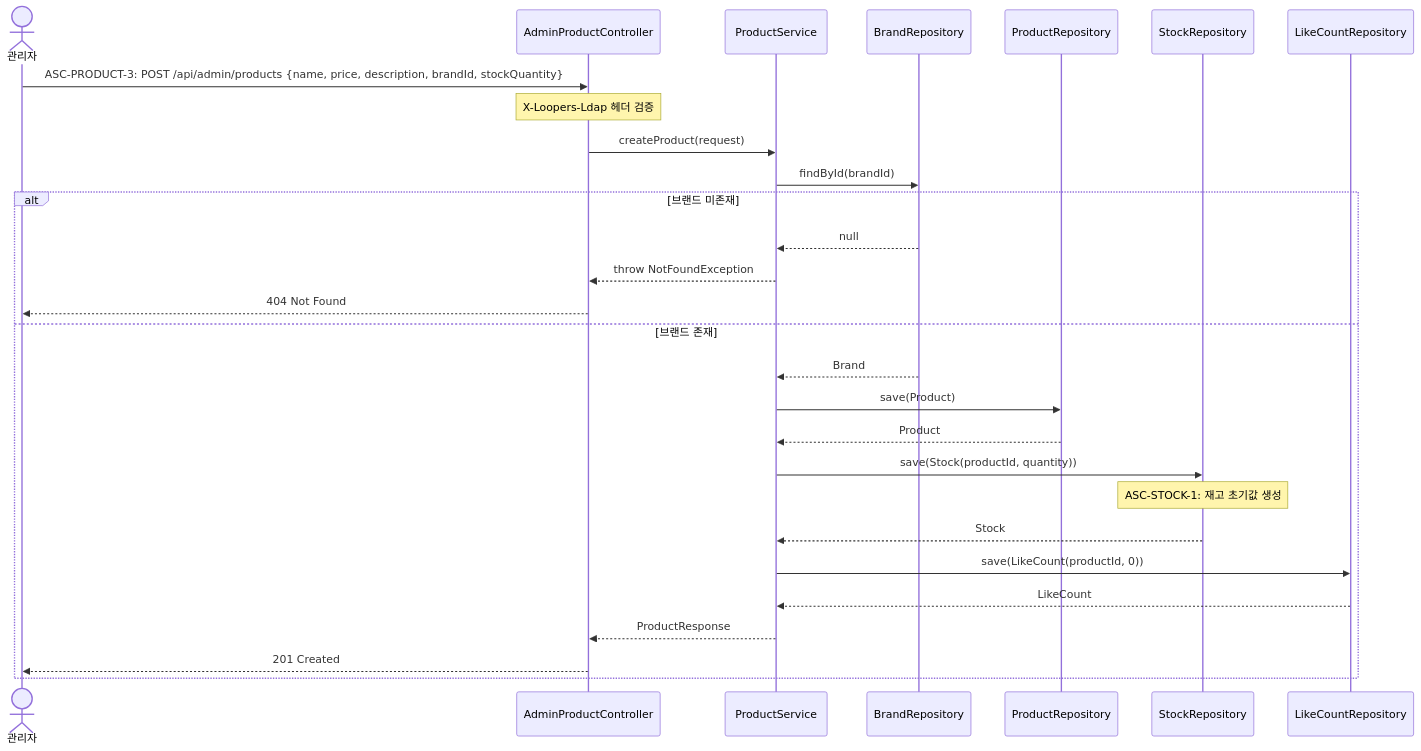
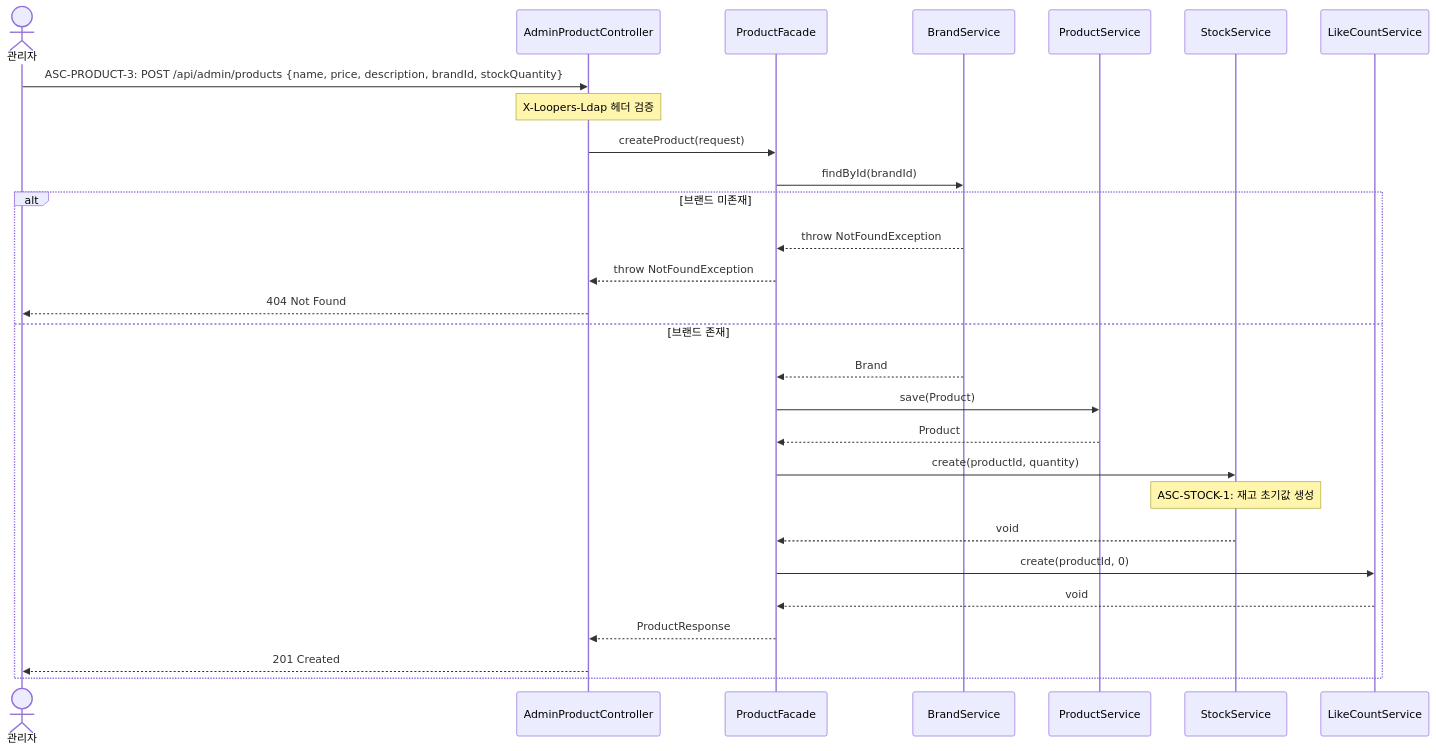
Before and after one commit to loopers-labs/loop-pack-be-l2-vol4-kotlin: diagram 17 of 41 in docs/02-sequence-diagrams.md, drawn with Mermaid. The commit also changed other lines of this file and 2 other files, not shown here.

Commit message:
:memo: 3차 클래스 다이어그램 일단 완료

````diff
--- a/docs/02-sequence-diagrams.md
+++ b/docs/02-sequence-diagrams.md
@@ -526,33 +532,33 @@
 ```mermaid
 sequenceDiagram
     actor Admin as 관리자
     participant Controller as AdminProductController
-    participant Service as ProductService
-    participant BrandRepo as BrandRepository
-    participant ProductRepo as ProductRepository
-    participant StockRepo as StockRepository
-    participant LikeCountRepo as LikeCountRepository
+    participant Facade as ProductFacade
+    participant BrandService as BrandService
+    participant ProductService as ProductService
+    participant StockService as StockService
+    participant LikeCountService as LikeCountService
 
     Admin->>Controller: ASC-PRODUCT-3: POST /api/admin/products {name, price, description, brandId, stockQuantity}
     Note over Controller: X-Loopers-Ldap 헤더 검증
 
-    Controller->>Service: createProduct(request)
-    Service->>BrandRepo: findById(brandId)
+    Controller->>Facade: createProduct(request)
+    Facade->>BrandService: findById(brandId)
 
     alt 브랜드 미존재
-        BrandRepo-->>Service: null
-        Service-->>Controller: throw NotFoundException
+        BrandService-->>Facade: throw NotFoundException
+        Facade-->>Controller: throw NotFoundException
         Controller-->>Admin: 404 Not Found
     else 브랜드 존재
-        BrandRepo-->>Service: Brand
-        Service->>ProductRepo: save(Product)
-        ProductRepo-->>Service: Product
-        Service->>StockRepo: save(Stock(productId, quantity))
-        Note over StockRepo: ASC-STOCK-1: 재고 초기값 생성
-        StockRepo-->>Service: Stock
-        Service->>LikeCountRepo: save(LikeCount(productId, 0))
-        LikeCountRepo-->>Service: LikeCount
-        Service-->>Controller: ProductResponse
+        BrandService-->>Facade: Brand
+        Facade->>ProductService: save(Product)
+        ProductService-->>Facade: Product
+        Facade->>StockService: create(productId, quantity)
+        Note over StockService: ASC-STOCK-1: 재고 초기값 생성
+        StockService-->>Facade: void
+        Facade->>LikeCountService: create(productId, 0)
+        LikeCountService-->>Facade: void
+        Facade-->>Controller: ProductResponse
         Controller-->>Admin: 201 Created
     end
 ```
````
